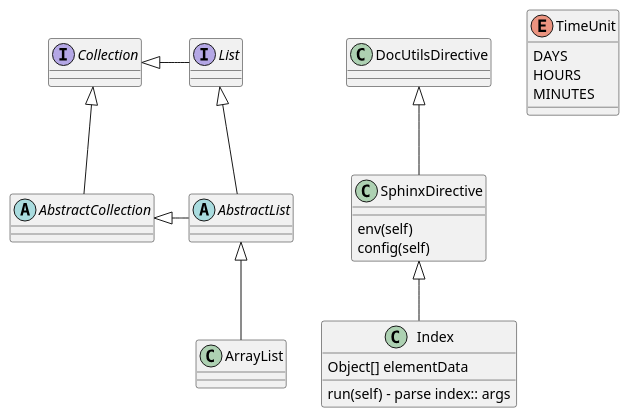
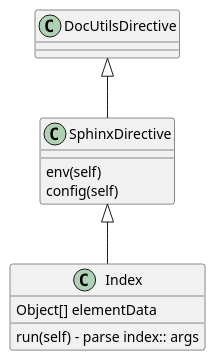
The diagram in doc/dev/nodes.puml (weedySeaDragon/plantuml-documentation), drawn with PlantUML before and after one commit. The commit also changed 2 other files, not shown here.

```diff
--- a/doc/dev/nodes.puml
+++ b/doc/dev/nodes.puml
@@ -1,36 +1,19 @@
 @startuml
-
-abstract class AbstractList
-abstract AbstractCollection
-interface List
-interface Collection
-
-List <|-- AbstractList
-Collection <|-- AbstractCollection
-
-Collection <|- List
-AbstractCollection <|- AbstractList
-AbstractList <|-- ArrayList
 
 DocUtilsDirective <|-- SphinxDirective
 SphinxDirective <|-- Index
 
 class SphinxDirective {
 
 env(self)
 config(self)
 
 }
 
 class Index {
 Object[] elementData
 run(self) - parse index:: args
 }
 
-enum TimeUnit {
-DAYS
-HOURS
-MINUTES
-}
 
 @enduml
```
